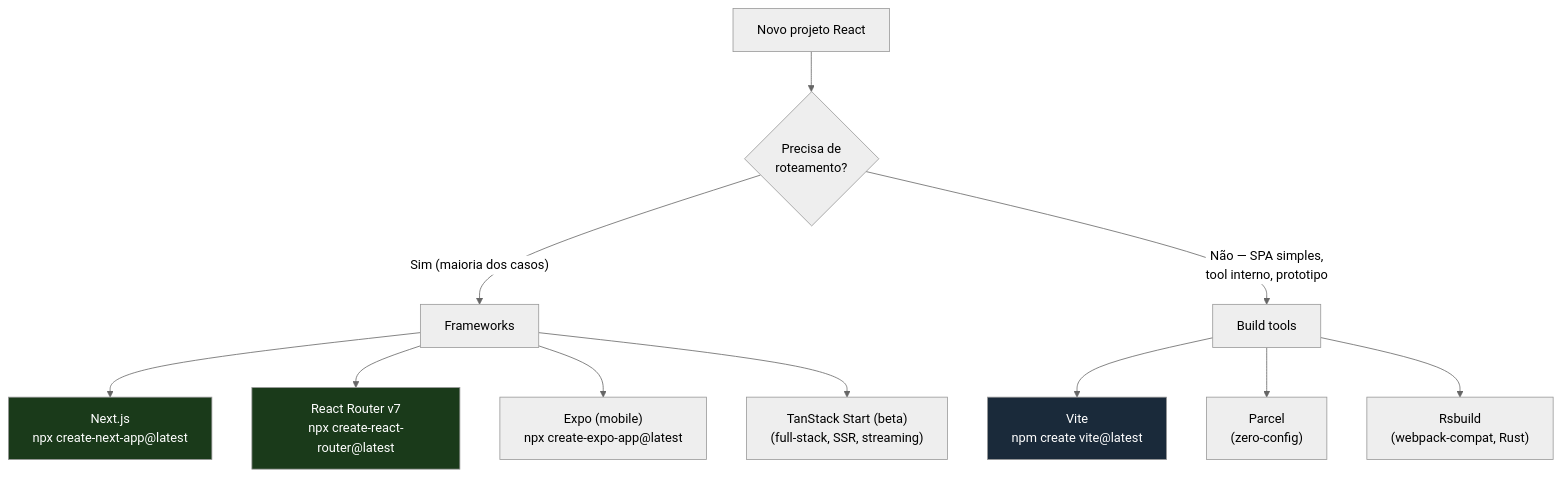
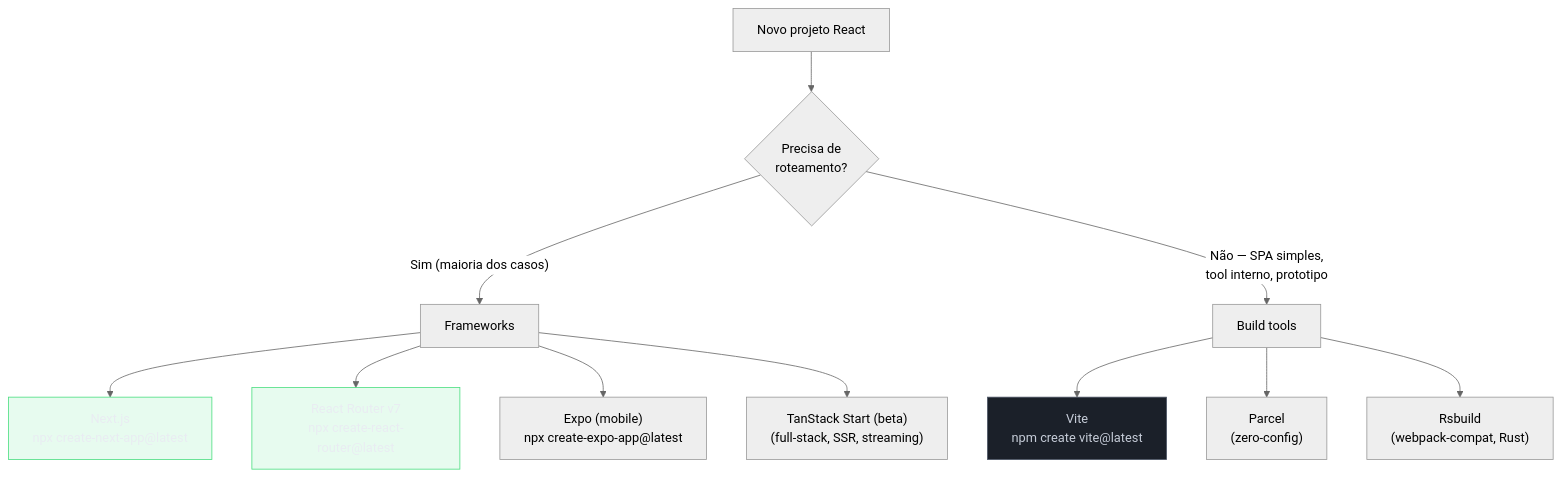
The seventh of 10 diagrams in 03-Dominios/Tecnologia/Tooling e Build/12 - Create React App e a era dos scaffolders.md (josenaldo/codex-technomanticus), drawn with Mermaid (neutral theme) before and after one commit. The commit also changed 1181 other files, not shown here.

First line of the commit message:
fix(diagramas): paleta do sistema no lugar de cor cravada no markdown

````diff
--- a/03-Dominios/Tecnologia/Tooling e Build/12 - Create React App e a era dos scaffolders.md
+++ b/03-Dominios/Tecnologia/Tooling e Build/12 - Create React App e a era dos scaffolders.md
@@ -341,21 +341,23 @@
 ```mermaid
 flowchart TD
+    classDef ok fill:#4ADE8021,stroke:#4ADE80,color:#E9ECF2
+    classDef neutro fill:#1B2029,stroke:#4E5666,color:#C6CCD8
     Q["Novo projeto React"]
     Q --> A{"Precisa de\nroteamento?"}
 
     A -->|"Sim (maioria dos casos)"| FW["Frameworks"]
     A -->|"Não — SPA simples,\ntool interno, prototipo"| BT["Build tools"]
 
     FW --> NX["Next.js\nnpx create-next-app@latest"]
     FW --> RR["React Router v7\nnpx create-react-router@latest"]
     FW --> EX["Expo (mobile)\nnpx create-expo-app@latest"]
     FW --> TS["TanStack Start (beta)\n(full-stack, SSR, streaming)"]
 
     BT --> VT["Vite\nnpm create vite@latest"]
     BT --> PC["Parcel\n(zero-config)"]
     BT --> RS["Rsbuild\n(webpack-compat, Rust)"]
 
-    style NX fill:#1a3a1a,color:#fff
-    style RR fill:#1a3a1a,color:#fff
-    style VT fill:#1a2a3a,color:#fff
+    class NX ok
+    class RR ok
+    class VT neutro
 ```
````
